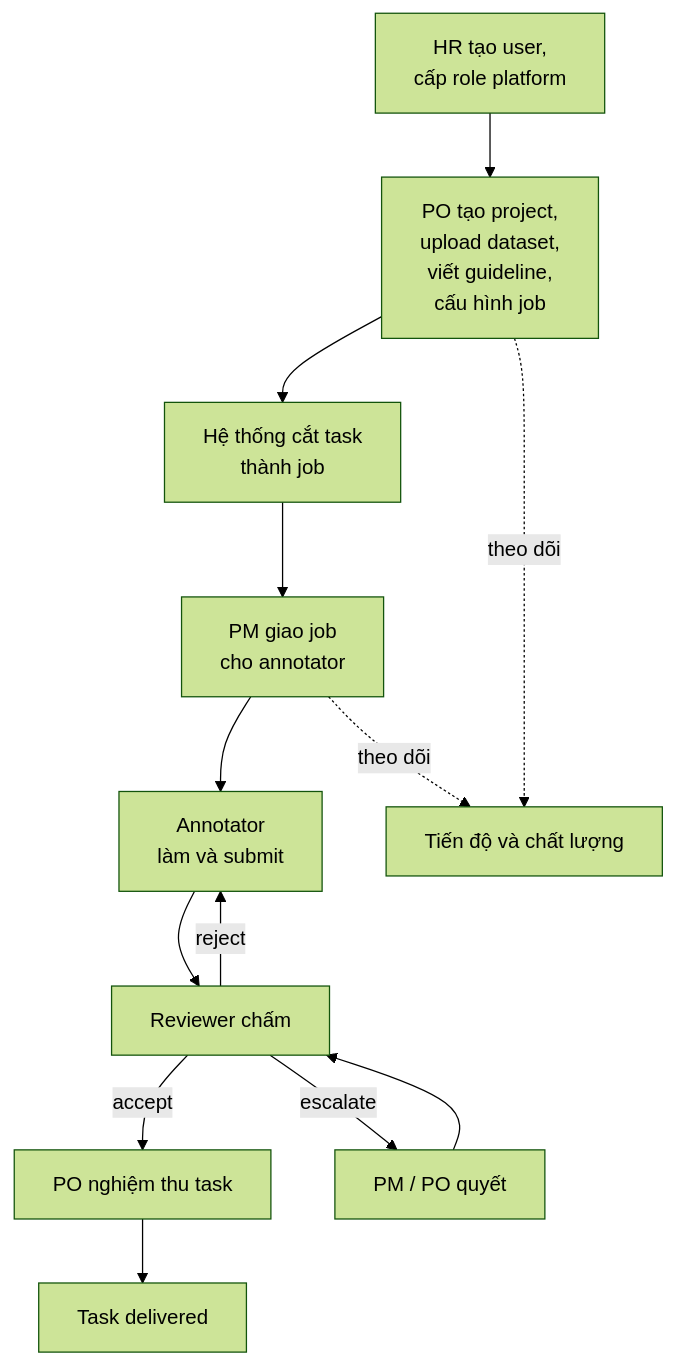
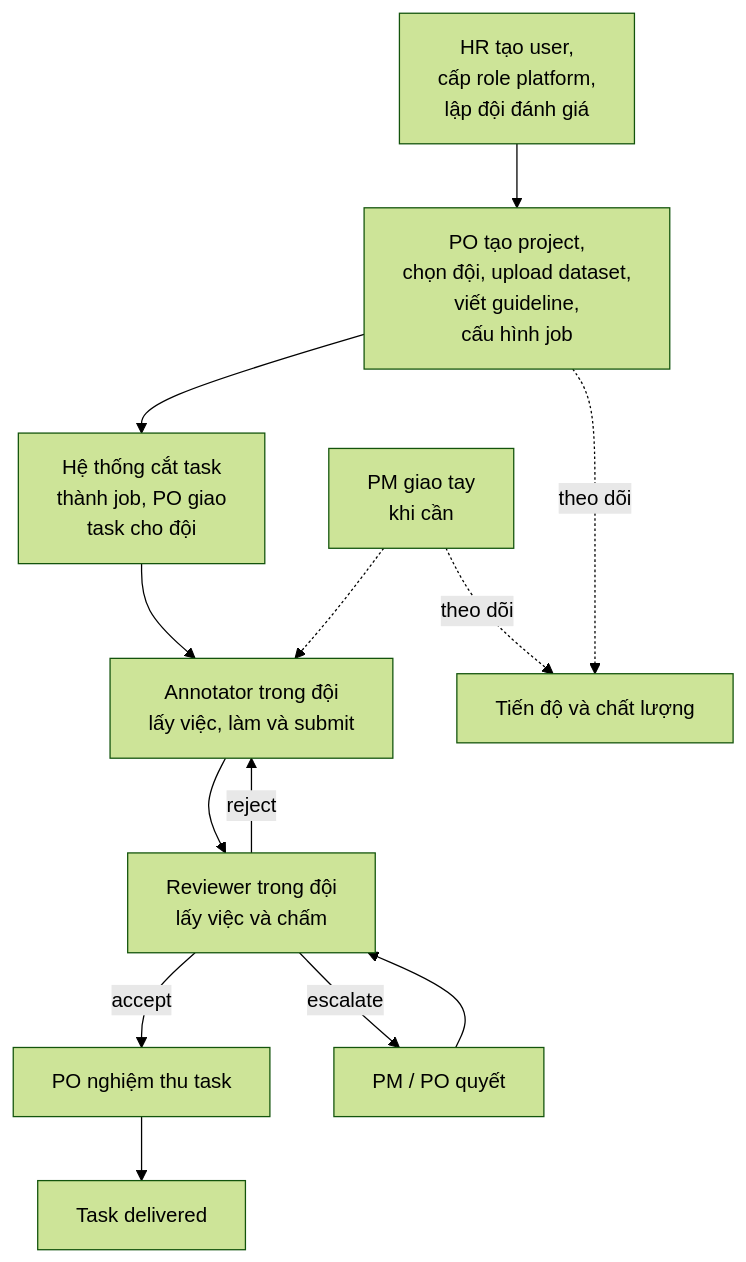
One commit to ducloc24/Annocollector changed the diagram in docs/user_stories.md. Above: the diagram before and after it, drawn with Mermaid (forest theme). The commit also changed other lines of this file and 5 other files, not shown here.

````diff
--- a/docs/user_stories.md
+++ b/docs/user_stories.md
@@ -46,15 +47,15 @@
 ```mermaid
 flowchart TD
-    HR[HR tạo user,<br/>cấp role platform] --> PO[PO tạo project,<br/>upload dataset,<br/>viết guideline,<br/>cấu hình job]
-    PO --> SYS[Hệ thống cắt task<br/>thành job]
-    SYS --> PM[PM giao job<br/>cho annotator]
-    PM --> AN[Annotator<br/>làm và submit]
-    AN --> RV[Reviewer chấm]
+    HR[HR tạo user,<br/>cấp role platform,<br/>lập đội đánh giá] --> PO[PO tạo project,<br/>chọn đội, upload dataset,<br/>viết guideline,<br/>cấu hình job]
+    PO --> SYS[Hệ thống cắt task<br/>thành job, PO giao<br/>task cho đội]
+    SYS --> AN[Annotator trong đội<br/>lấy việc, làm và submit]
+    AN --> RV[Reviewer trong đội<br/>lấy việc và chấm]
     RV -- reject --> AN
     RV -- accept --> POA[PO nghiệm thu task]
     RV -- escalate --> PM2[PM / PO quyết]
     PM2 --> RV
     POA --> DONE[Task delivered]
+    PM[PM giao tay<br/>khi cần] -.-> AN
     PM -.theo dõi.-> PROG[Tiến độ và chất lượng]
     PO -.theo dõi.-> PROG
 ```
````
